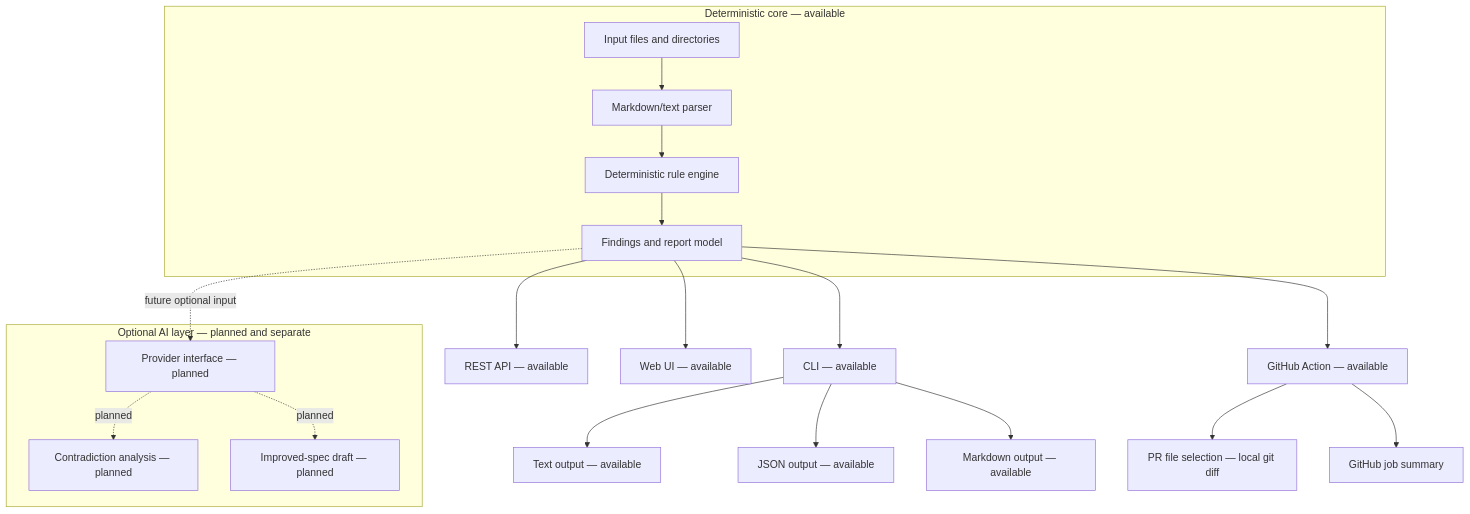
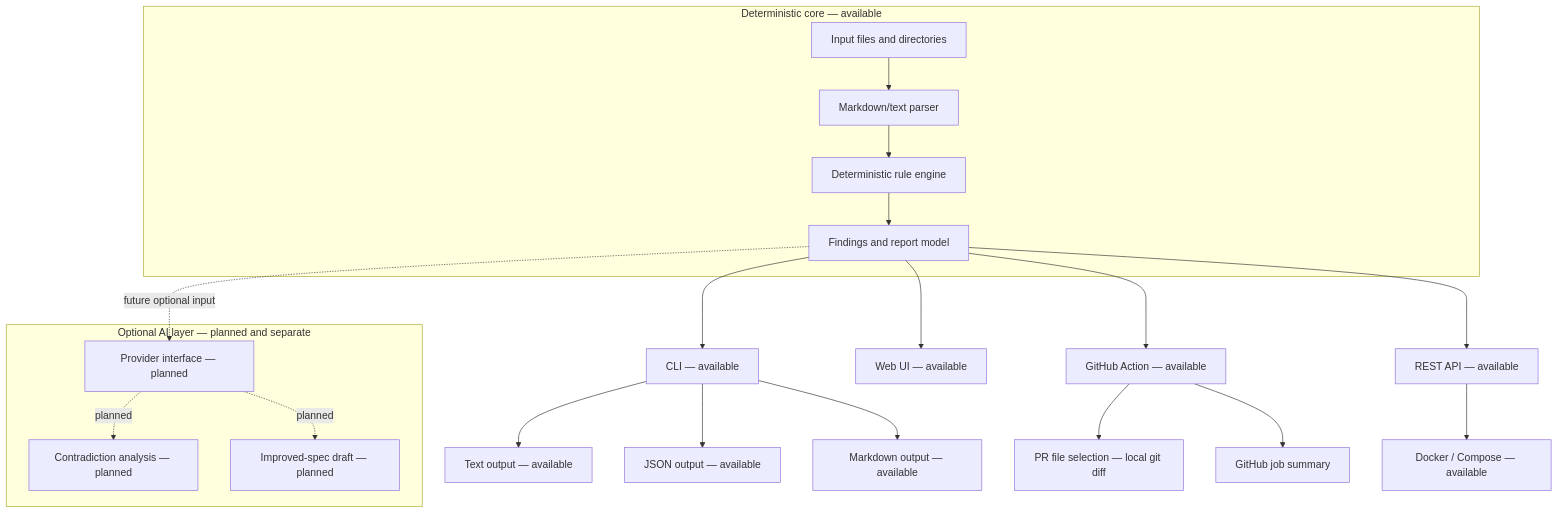
One commit to specforgeart/specforge-gate changed the diagram in docs/architecture.md. Above: the diagram before and after it, drawn with Mermaid. The commit also changed other lines of this file and 17 other files, not shown here.

First line of the commit message:
feat: add Docker image and Compose (#26)

````diff
--- a/docs/architecture.md
+++ b/docs/architecture.md
@@ -5,29 +5,30 @@
 ```mermaid
 flowchart TD
     subgraph Core["Deterministic core — available"]
         A["Input files and directories"] --> B["Markdown/text parser"]
         B --> C["Deterministic rule engine"]
         C --> D["Findings and report model"]
     end
 
     D --> E["CLI — available"]
     E --> F["Text output — available"]
     E --> G["JSON output — available"]
     E --> H["Markdown output — available"]
 
     D --> I["GitHub Action — available"]
     I --> O["PR file selection — local git diff"]
     I --> P["GitHub job summary"]
     D --> J["REST API — available"]
     D --> K["Web UI — available"]
+    J --> Q["Docker / Compose — available"]
 
     subgraph AI["Optional AI layer — planned and separate"]
         L["Provider interface — planned"]
         M["Contradiction analysis — planned"]
         N["Improved-spec draft — planned"]
     end
 
     D -. future optional input .-> L
     L -. planned .-> M
     L -. planned .-> N
 ```
````
